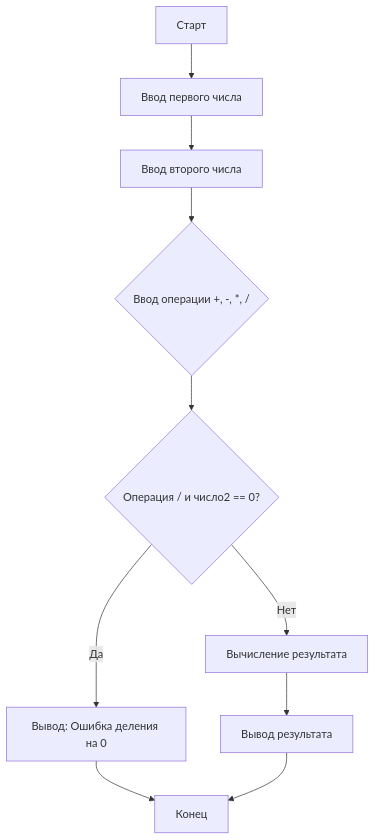
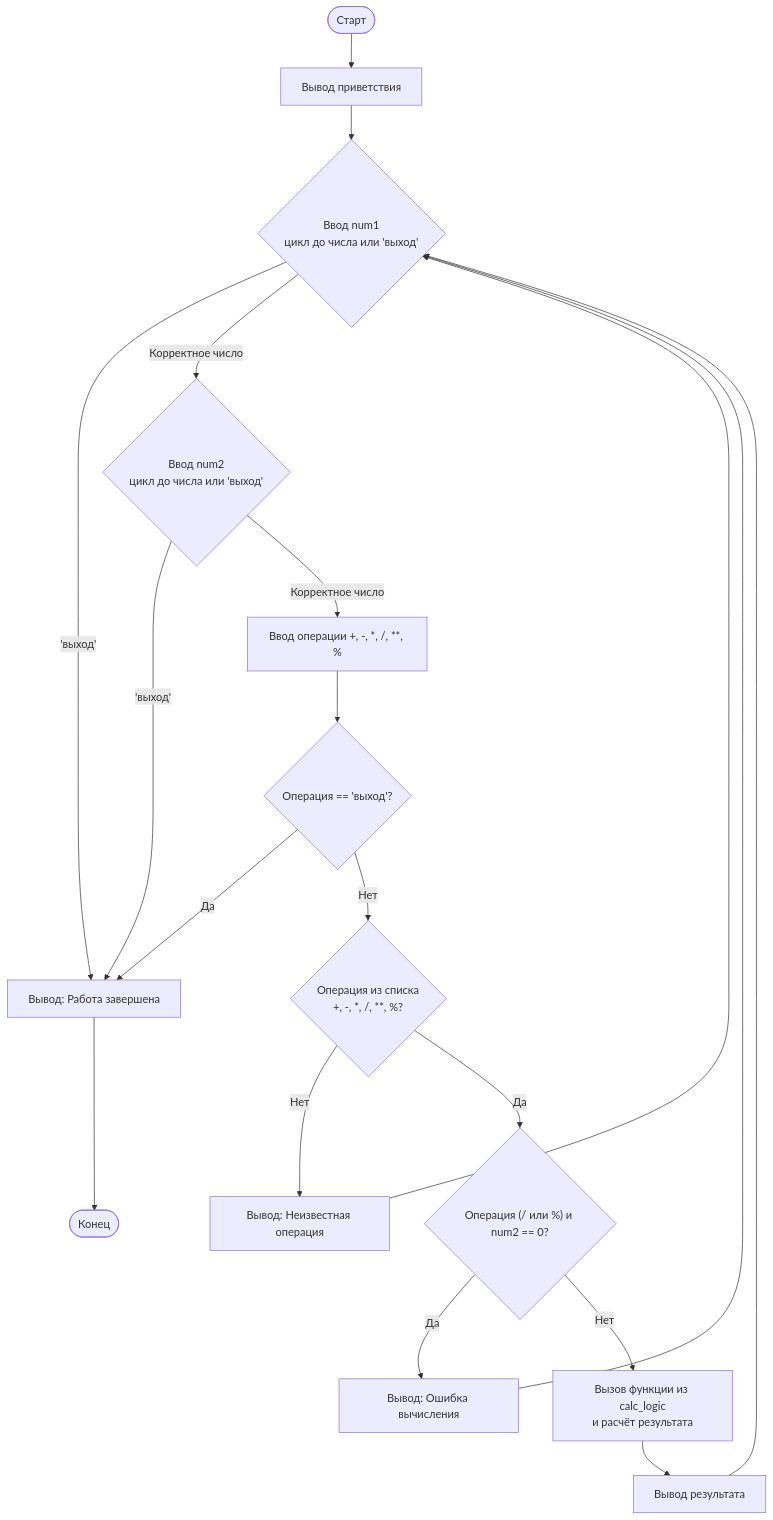
One commit to EvgeniyNadein/python_calculator changed the diagram in README.md. Above: the diagram before and after it, drawn with Mermaid. The commit also changed 1 other file, not shown here.

Commit message:
feat:Добавлены функции возведения в степень и остаток от деления. обновлена блок-схема

````diff
--- a/README.md
+++ b/README.md
@@ -24,12 +24,21 @@
 ```mermaid
 graph TD
-    A[Старт] --> B[Ввод первого числа]
-    B --> C[Ввод второго числа]
-    C --> D{Ввод операции +, -, *, /}
-    D --> E{Операция / и число2 == 0?}
-    E -- Да --> F[Вывод: Ошибка деления на 0]
-    E -- Нет --> G[Вычисление результата]
-    G --> H[Вывод результата]
-    F --> I[Конец]
-    H --> I
+    A([Старт]) --> B[Вывод приветствия]
+    B --> C{Ввод num1<br/>цикл до числа или 'выход'}
+    C -- "'выход'" --> Z[Вывод: Работа завершена]
+    C -- "Корректное число" --> D{Ввод num2<br/>цикл до числа или 'выход'}
+    D -- "'выход'" --> Z
+    D -- "Корректное число" --> E[Ввод операции +, -, *, /, **, %]
+    E --> F{Операция == 'выход'?}
+    F -- Да --> Z
+    F -- Нет --> G{Операция из списка<br/>+, -, *, /, **, %?}
+    G -- Нет --> H[Вывод: Неизвестная операция]
+    H --> C
+    G -- Да --> I{"Операция (/ или %) и num2 == 0?"}
+    I -- Да --> J[Вывод: Ошибка вычисления]
+    J --> C
+    I -- Нет --> K[Вызов функции из calc_logic<br/>и расчёт результата]
+    K --> L[Вывод результата]
+    L --> C
+    Z --> End([Конец])
 ```
````
